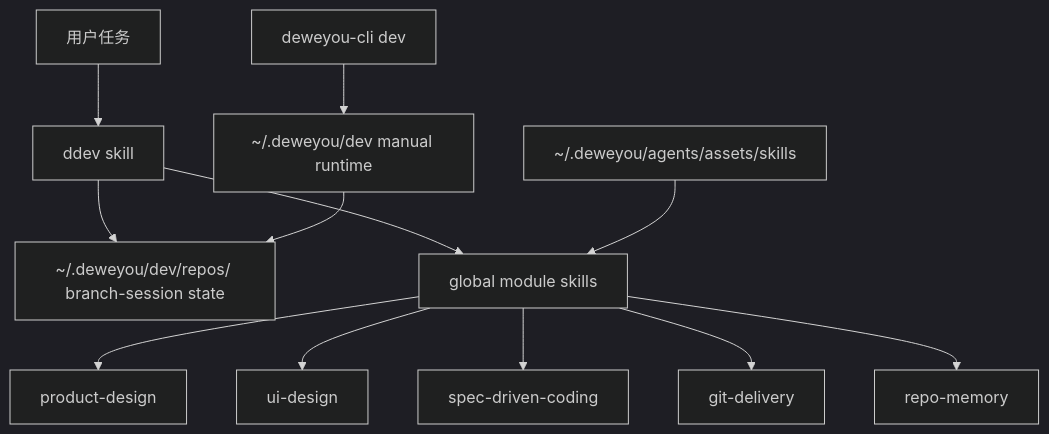
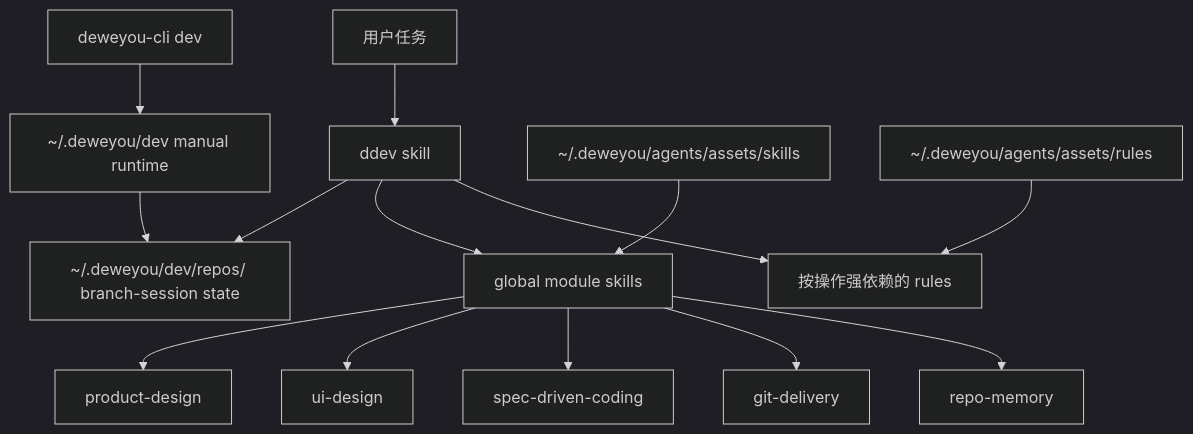
The diagram in docs/ddev-operations.zh.md (deweyou/harness), drawn with Mermaid (dark theme) before and after one commit. The commit also changed other lines of this file and 11 other files, not shown here.

Commit message:
feat(ddev): require cached engineering rules

````diff
--- a/docs/ddev-operations.zh.md
+++ b/docs/ddev-operations.zh.md
@@ -10,14 +10,16 @@
 ```mermaid
 flowchart TD
     User["用户任务"] --> DDev["ddev skill"]
     DDev --> State["~/.deweyou/dev/repos/<repo-id> branch-session state"]
     DDev --> GlobalModules["global module skills"]
+    DDev --> MandatoryRules["按操作强依赖的 rules"]
     GlobalModules --> Product["product-design"]
     GlobalModules --> UI["ui-design"]
     GlobalModules --> Coding["spec-driven-coding"]
     GlobalModules --> Delivery["git-delivery"]
     GlobalModules --> Memory["repo-memory"]
     CLI["deweyou-cli dev"] --> Runtime["~/.deweyou/dev manual runtime"]
     Cache["~/.deweyou/agents/assets/skills"] --> GlobalModules
+    RuleCache["~/.deweyou/agents/assets/rules"] --> MandatoryRules
     Runtime --> State
 ```
````
